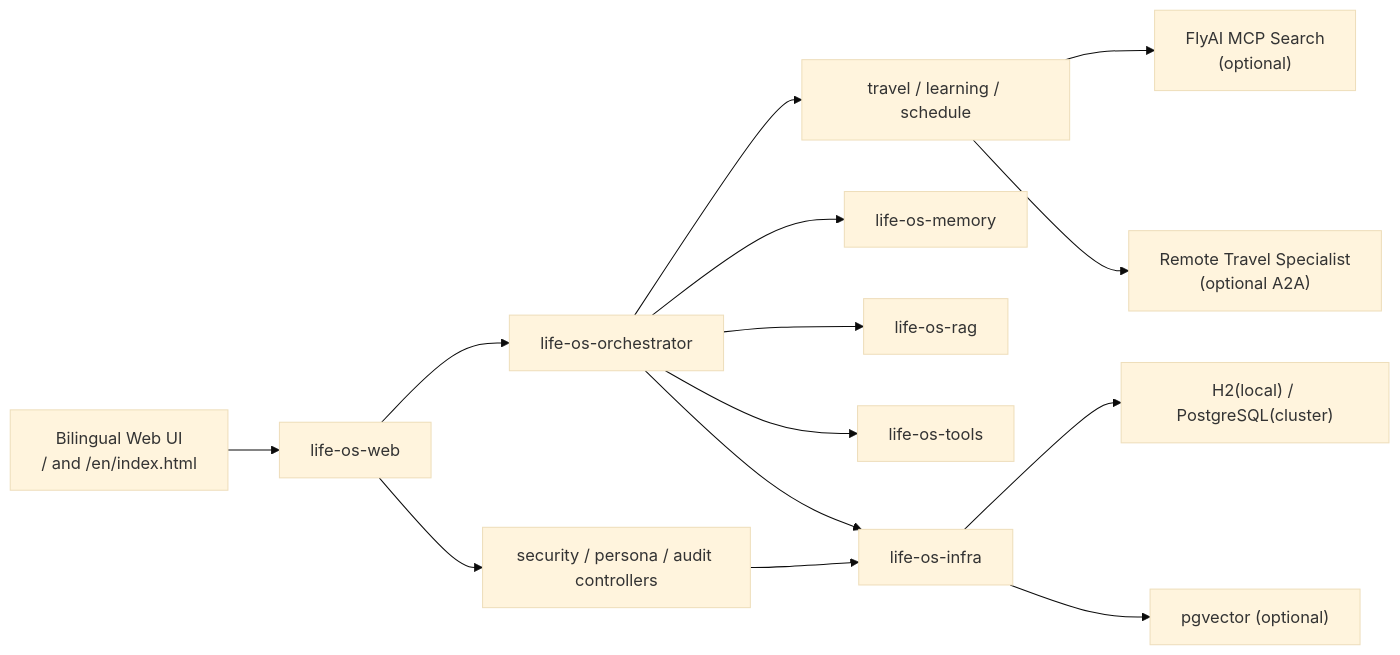
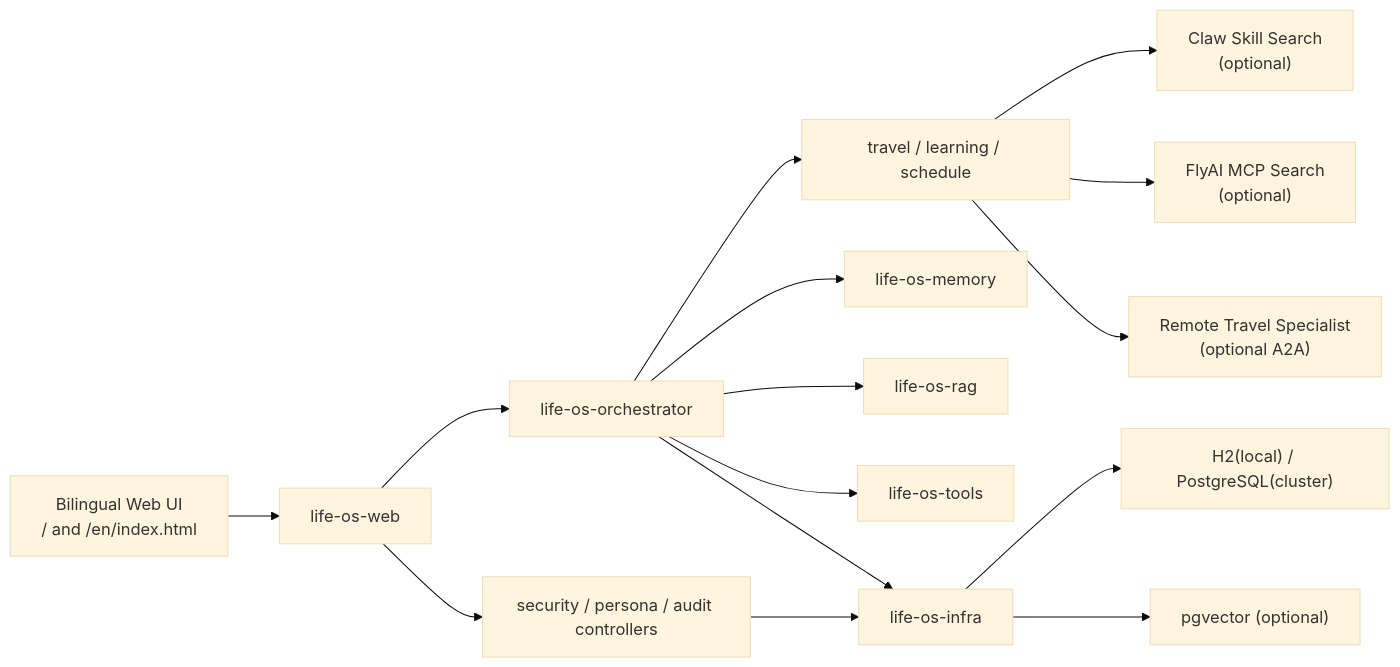
The first of 3 diagrams in docs/architecture.md (chenyuliang1996/life-os), drawn with Mermaid (base theme) before and after one commit. The commit also changed other lines of this file and 25 other files, not shown here.

First line of the commit message:
Prioritize Claw skills in travel search without sacrificing fallback reliability

````diff
--- a/docs/architecture.md
+++ b/docs/architecture.md
@@ -16,16 +16,17 @@
 ```mermaid
 flowchart LR
     UI["Bilingual Web UI<br/>/ and /en/index.html"] --> WEB["life-os-web"]
     WEB --> ORCH["life-os-orchestrator"]
     WEB --> SEC["security / persona / audit controllers"]
     ORCH --> AGENTS["travel / learning / schedule"]
+    AGENTS --> CLAW["Claw Skill Search<br/>(optional)"]
     AGENTS --> FLY["FlyAI MCP Search<br/>(optional)"]
     AGENTS --> A2A["Remote Travel Specialist<br/>(optional A2A)"]
     ORCH --> MEMORY["life-os-memory"]
     ORCH --> RAG["life-os-rag"]
     ORCH --> TOOLS["life-os-tools"]
     ORCH --> INFRA["life-os-infra"]
     SEC --> INFRA
     INFRA --> DB["H2(local) / PostgreSQL(cluster)"]
     INFRA --> VDB["pgvector (optional)"]
 ```
````
